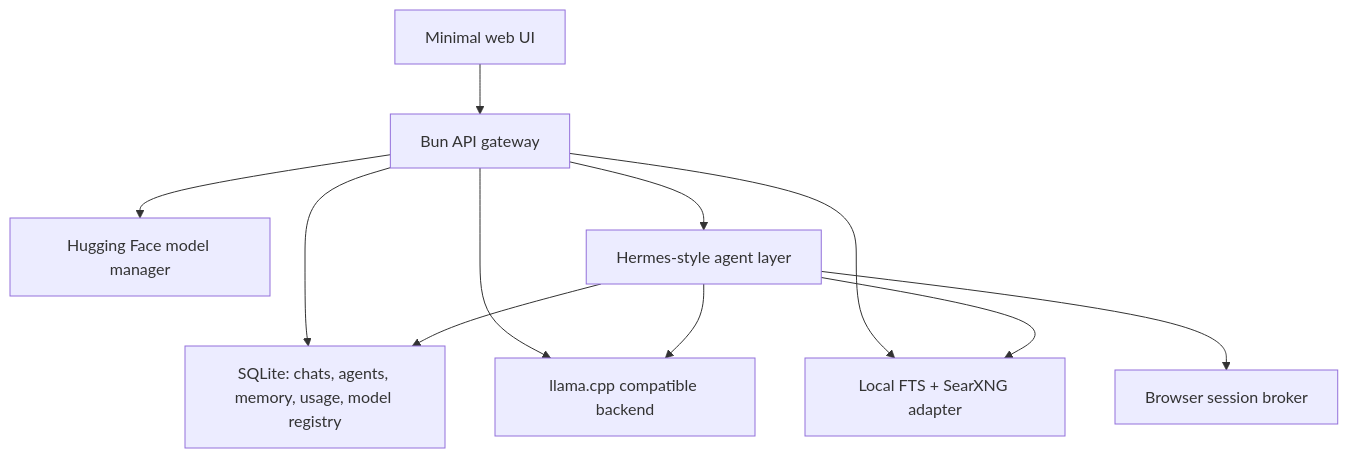
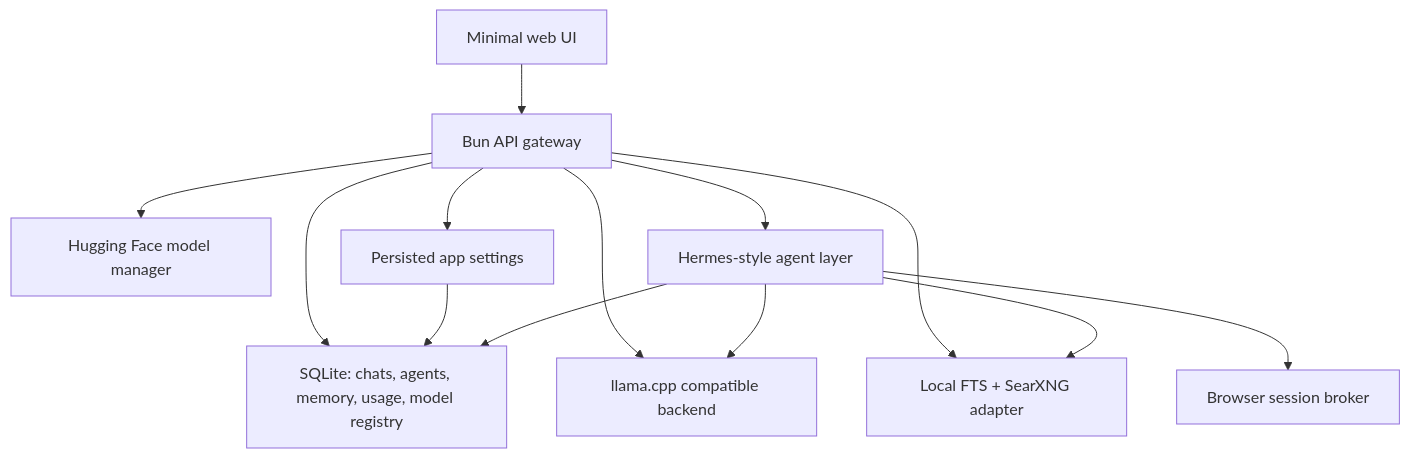
The diagram in docs/ARCHITECTURE.md (nipuxx/nipux-local-ai), drawn with Mermaid before and after one commit. The commit also changed other lines of this file and 13 other files, not shown here.

Commit message:
Add persisted settings and dev mode UI

````diff
--- a/docs/ARCHITECTURE.md
+++ b/docs/ARCHITECTURE.md
@@ -5,22 +5,25 @@
 ```mermaid
 flowchart TD
   UI["Minimal web UI"]
   API["Bun API gateway"]
   DB["SQLite: chats, agents, memory, usage, model registry"]
   LLM["llama.cpp compatible backend"]
   HF["Hugging Face model manager"]
   Search["Local FTS + SearXNG adapter"]
   Agents["Hermes-style agent layer"]
   Browsers["Browser session broker"]
+  Settings["Persisted app settings"]
 
   UI --> API
   API --> DB
   API --> LLM
   API --> HF
   API --> Search
   API --> Agents
+  API --> Settings
+  Settings --> DB
   Agents --> DB
   Agents --> Search
   Agents --> LLM
   Agents --> Browsers
 ```
````
